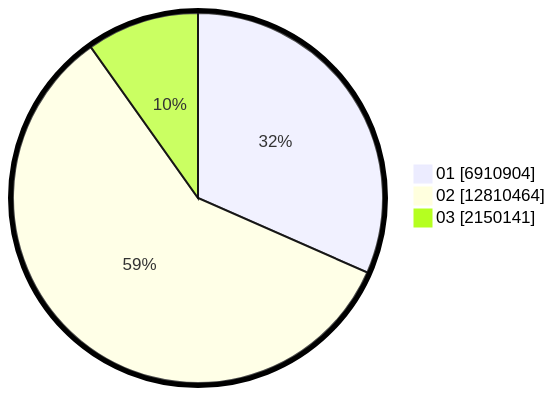
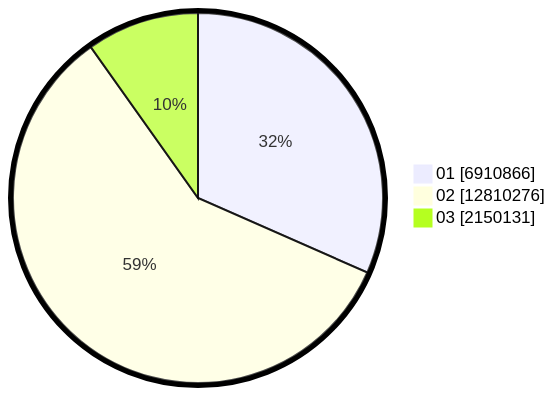
One commit to gigit-pemilu/pemilu-2024 changed the second of 2 diagrams in pilpres/hitung-suara/sub/table-wilayah-32.md. Above: the diagram before and after it, drawn with Mermaid. The commit also changed other lines of this file and 9 other files, not shown here.

````diff
--- a/pilpres/hitung-suara/sub/table-wilayah-32.md
+++ b/pilpres/hitung-suara/sub/table-wilayah-32.md
@@ -15,7 +15,7 @@
 ```mermaid
 %%{init: {"pie": {"textPosition": 0.5}, "themeVariables": {"pieOuterStrokeWidth": "5px"}} }%%
 pie showData
-    "01" : 6910904
-    "02" : 12810464
-    "03" : 2150141
+    "01" : 6910866
+    "02" : 12810276
+    "03" : 2150131
 ```
````
